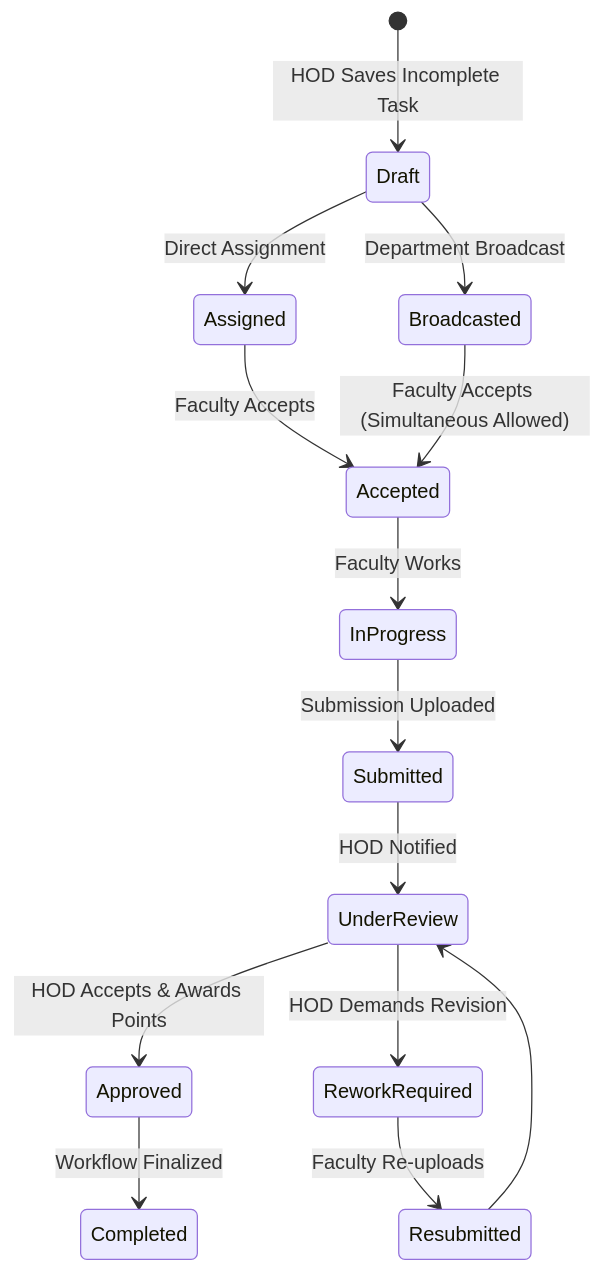
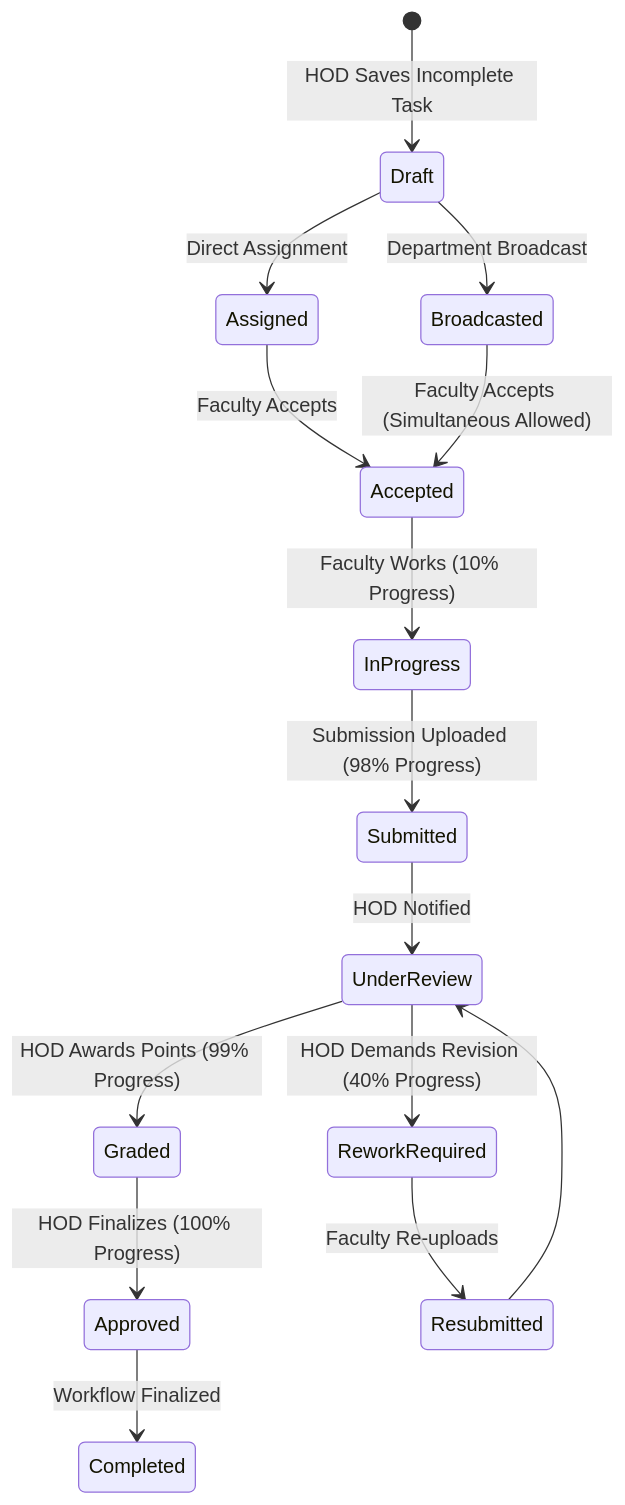
The second of 2 diagrams in README.md (neodyit/FlowSync-V1.0), drawn with Mermaid before and after one commit. The commit also changed other lines of this file and 1 other file, not shown here.

````diff
--- a/README.md
+++ b/README.md
@@ -31,22 +31,23 @@
 ```mermaid
 stateDiagram-v2
     [*] --> Draft : HOD Saves Incomplete Task
     Draft --> Assigned : Direct Assignment
     Draft --> Broadcasted : Department Broadcast
     
     Assigned --> Accepted : Faculty Accepts
     
     Broadcasted --> Accepted : Faculty Accepts (Simultaneous Allowed)
     
-    Accepted --> InProgress : Faculty Works
-    InProgress --> Submitted : Submission Uploaded
+    Accepted --> InProgress : Faculty Works (10% Progress)
+    InProgress --> Submitted : Submission Uploaded (98% Progress)
     
     Submitted --> UnderReview : HOD Notified
-    UnderReview --> Approved : HOD Accepts & Awards Points
-    UnderReview --> ReworkRequired : HOD Demands Revision
+    UnderReview --> Graded : HOD Awards Points (99% Progress)
+    Graded --> Approved : HOD Finalizes (100% Progress)
+    UnderReview --> ReworkRequired : HOD Demands Revision (40% Progress)
     
     ReworkRequired --> Resubmitted : Faculty Re-uploads
     Resubmitted --> UnderReview
     
     Approved --> Completed : Workflow Finalized
 ```
````
